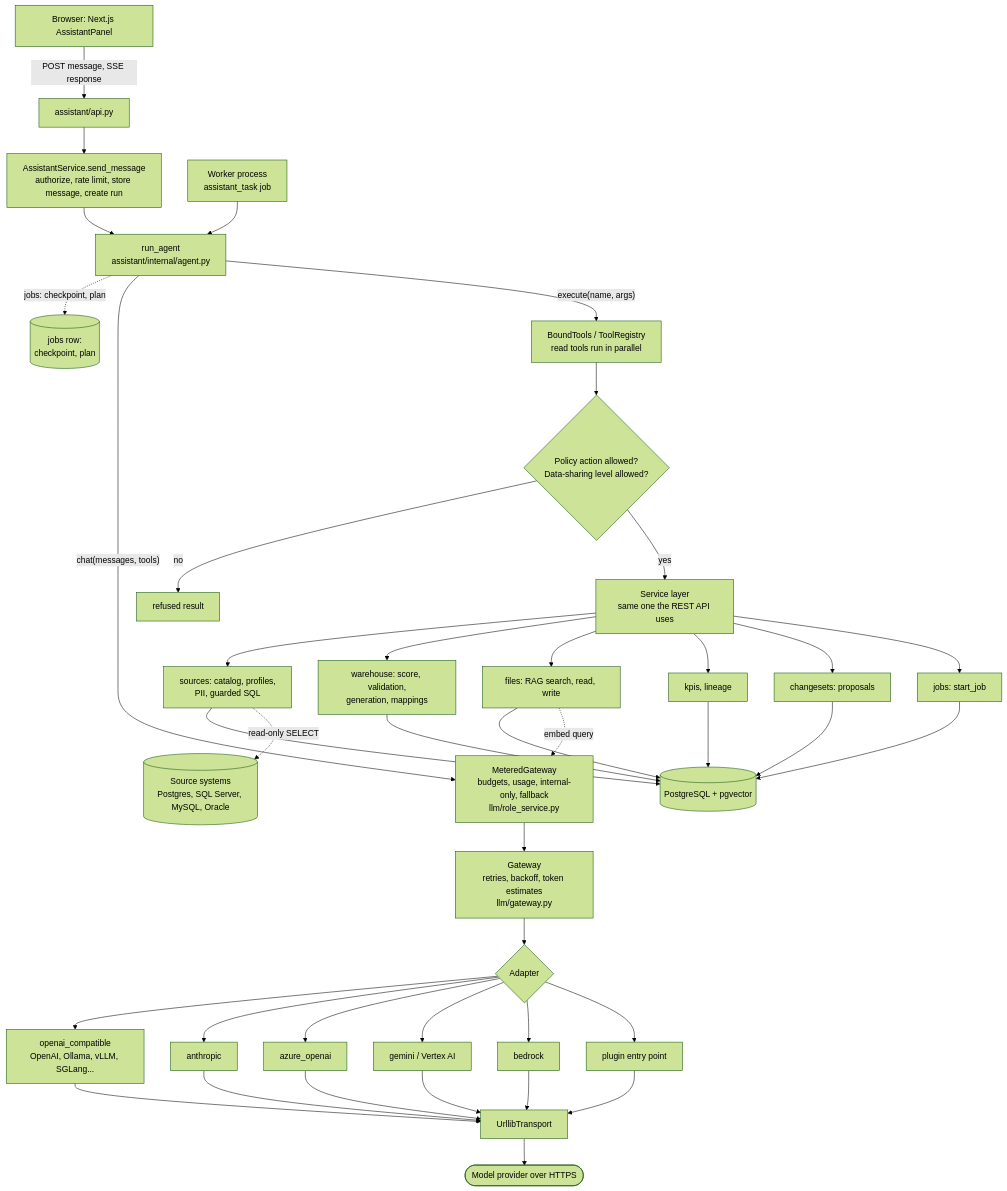
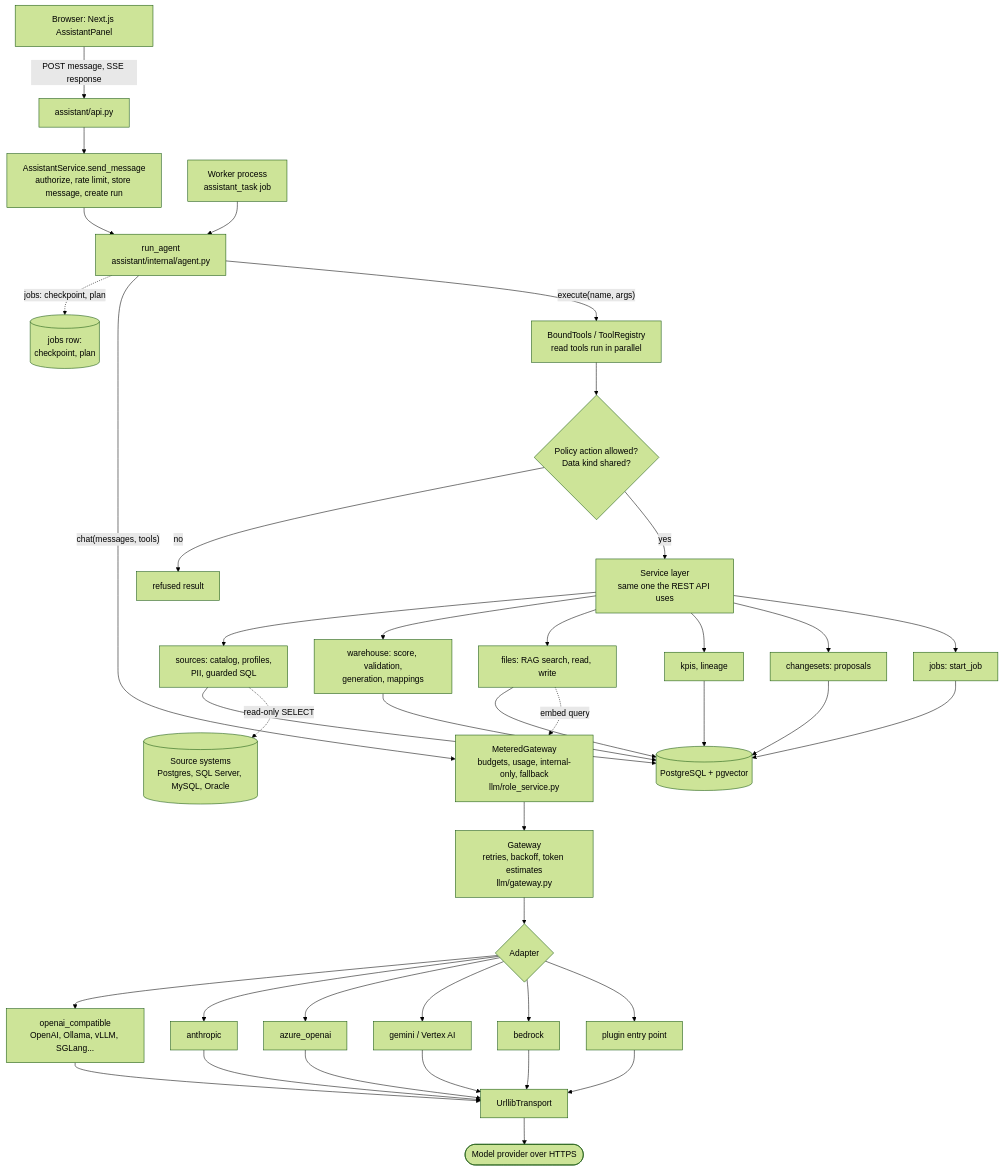
Before and after one commit to EslamAlaaZaki/dawam: the first of 14 diagrams in docs/ai-architecture.md, drawn with Mermaid (forest theme). The commit also changed other lines of this file and 36 other files, not shown here.

````diff
--- a/docs/ai-architecture.md
+++ b/docs/ai-architecture.md
@@ -48,33 +48,33 @@
 ```mermaid
 flowchart TD
     UI["Browser: Next.js AssistantPanel"] -->|"POST message, SSE response"| API["assistant/api.py"]
     API --> SVC["AssistantService.send_message<br/>authorize, rate limit, store message, create run"]
     SVC --> LOOP["run_agent<br/>assistant/internal/agent.py"]
     WORKER["Worker process<br/>assistant_task job"] --> LOOP
     LOOP -.->|"jobs: checkpoint, plan"| CKP[("jobs row:<br/>checkpoint, plan")]
 
     LOOP -->|"chat(messages, tools)"| MG["MeteredGateway<br/>budgets, usage, internal-only, fallback<br/>llm/role_service.py"]
     MG --> GW["Gateway<br/>retries, backoff, token estimates<br/>llm/gateway.py"]
     GW --> AD{"Adapter"}
     AD --> A1["openai_compatible<br/>OpenAI, Ollama, vLLM, SGLang..."]
     AD --> A2["anthropic"]
     AD --> A3["azure_openai"]
     AD --> A4["gemini / Vertex AI"]
     AD --> A5["bedrock"]
     AD --> A6["plugin entry point"]
     A1 & A2 & A3 & A4 & A5 & A6 --> TR["UrllibTransport"] --> P(["Model provider over HTTPS"])
 
     LOOP -->|"execute(name, args)"| TOOLS["BoundTools / ToolRegistry<br/>read tools run in parallel"]
-    TOOLS --> AUTHZ{"Policy action allowed?<br/>Data-sharing level allowed?"}
+    TOOLS --> AUTHZ{"Policy action allowed?<br/>Data kind shared?"}
     AUTHZ -->|no| REF["refused result"]
     AUTHZ -->|yes| SL["Service layer<br/>same one the REST API uses"]
     SL --> S1["sources: catalog, profiles,<br/>PII, guarded SQL"]
     SL --> S2["warehouse: score, validation,<br/>generation, mappings"]
     SL --> S3["files: RAG search, read, write"]
     SL --> S4["kpis, lineage"]
     SL --> S5["changesets: proposals"]
     SL --> S6["jobs: start_job"]
     S1 & S2 & S3 & S4 & S5 & S6 --> DB[("PostgreSQL + pgvector")]
     S1 -.->|"read-only SELECT"| SRC[("Source systems<br/>Postgres, SQL Server, MySQL, Oracle")]
     S3 -.->|"embed query"| MG
 ```
````
